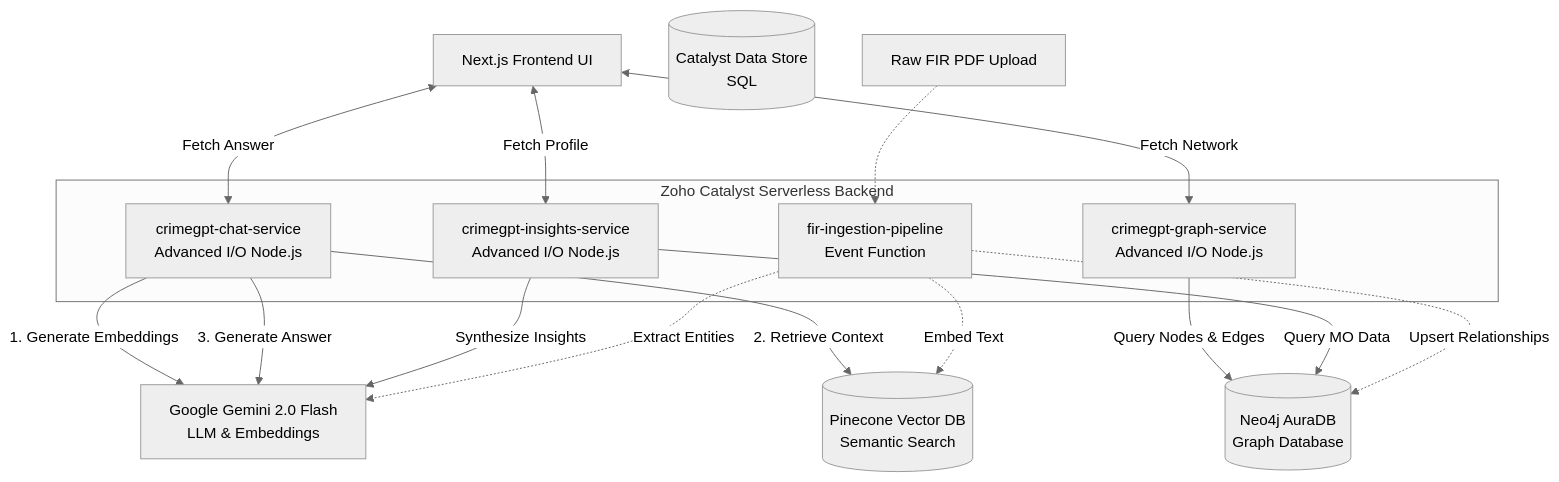
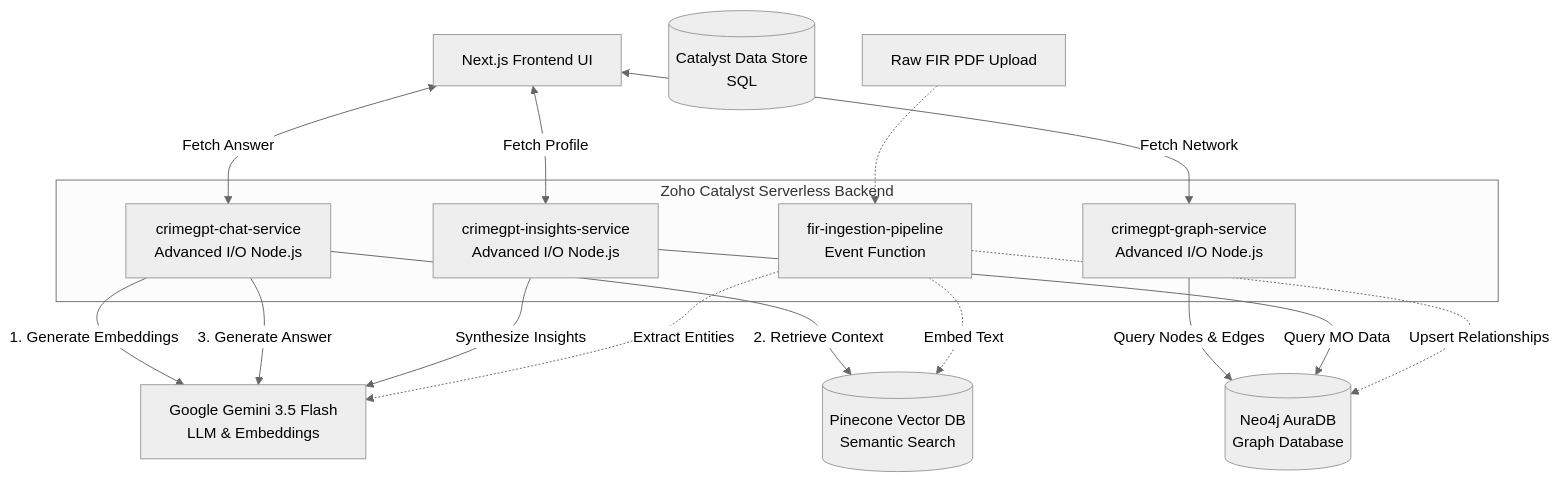
Before and after one commit to ayushrai1235/Crimegpt: the diagram in README.md, drawn with Mermaid (neutral theme).

Commit message:
Update Google Gemini version in README

````diff
--- a/README.md
+++ b/README.md
@@ -75,38 +75,38 @@
 ```mermaid
 graph TD
     %% Frontend
     Client[Next.js Frontend UI]
     
     %% API Gateway / Catalyst
     subgraph Zoho Catalyst Serverless Backend
         ChatAPI[crimegpt-chat-service\nAdvanced I/O Node.js]
         GraphAPI[crimegpt-graph-service\nAdvanced I/O Node.js]
         InsightsAPI[crimegpt-insights-service\nAdvanced I/O Node.js]
         Ingestion[fir-ingestion-pipeline\nEvent Function]
     end
 
     %% Databases & External APIs
-    Gemini[Google Gemini 2.0 Flash\nLLM & Embeddings]
+    Gemini[Google Gemini 3.5 Flash\nLLM & Embeddings]
     Pinecone[(Pinecone Vector DB\nSemantic Search)]
     Neo4j[(Neo4j AuraDB\nGraph Database)]
     CatalystDB[(Catalyst Data Store\nSQL)]
 
     %% Connections
     Client <-->|Fetch Answer| ChatAPI
     Client <-->|Fetch Network| GraphAPI
     Client <-->|Fetch Profile| InsightsAPI
 
     ChatAPI -->|1. Generate Embeddings| Gemini
     ChatAPI -->|2. Retrieve Context| Pinecone
     ChatAPI -->|3. Generate Answer| Gemini
     
     GraphAPI -->|Query Nodes & Edges| Neo4j
     InsightsAPI -->|Query MO Data| Neo4j
     InsightsAPI -->|Synthesize Insights| Gemini
 
     %% Ingestion Flow
     Upload[Raw FIR PDF Upload] -.-> Ingestion
     Ingestion -.->|Extract Entities| Gemini
     Ingestion -.->|Upsert Relationships| Neo4j
     Ingestion -.->|Embed Text| Pinecone
 ```
````
